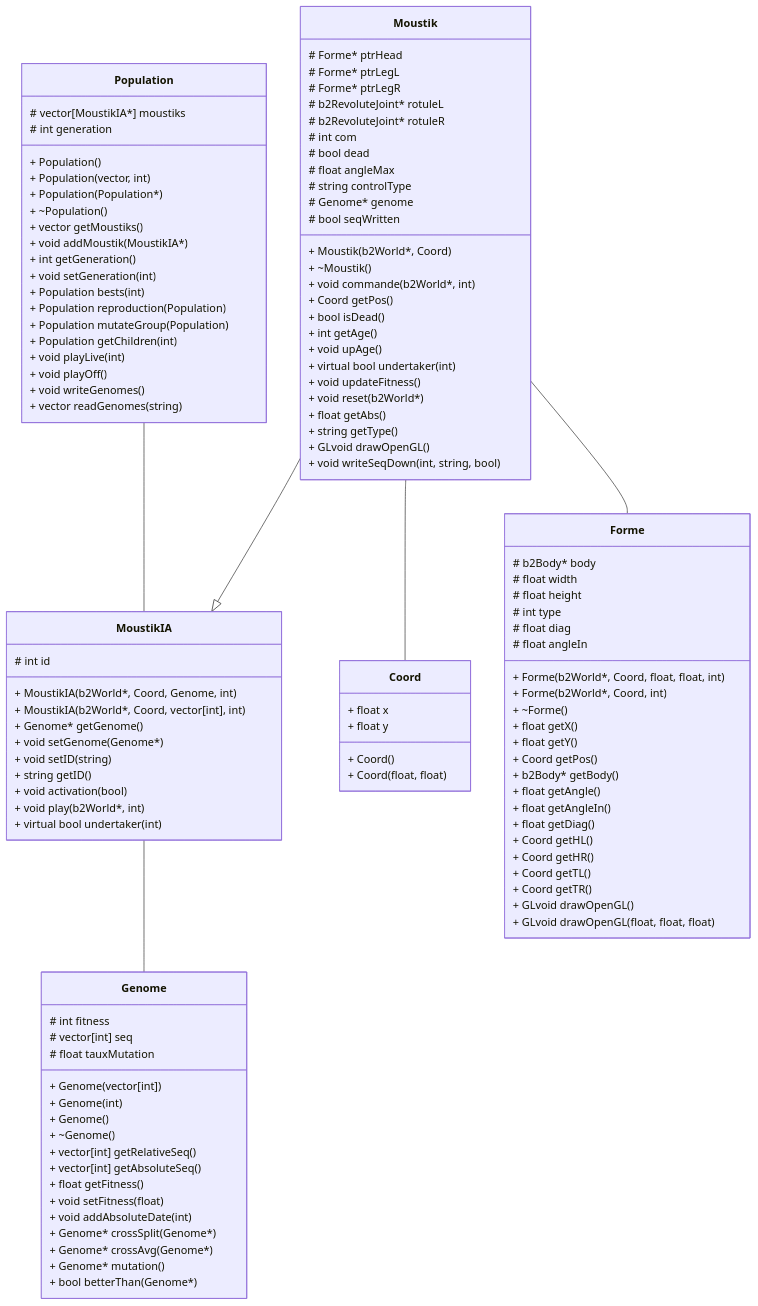
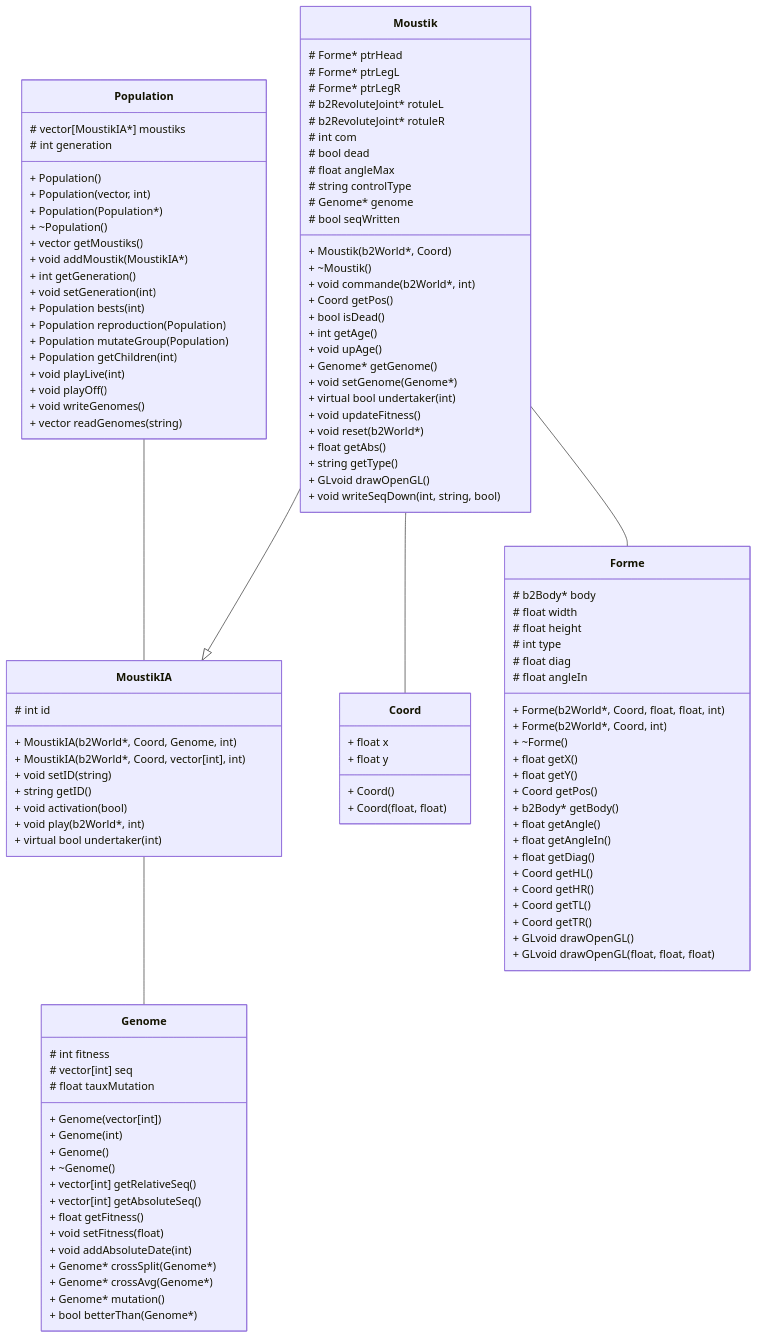
The diagram in compteRendu.md (vicco-rgb/MoustikGenetik), drawn with Mermaid before and after one commit. The commit also changed other lines of this file and 8 other files, not shown here.

```diff
--- a/compteRendu.md
+++ b/compteRendu.md
@@ -129,6 +129,8 @@
   + bool isDead()
   + int getAge()
   + void upAge()
+  + Genome* getGenome()
+  + void setGenome(Genome*)
   + virtual bool undertaker(int)
   + void updateFitness()
   + void reset(b2World*)
@@ -142,8 +144,6 @@
   # int id
   + MoustikIA(b2World*, Coord, Genome, int)
   + MoustikIA(b2World*, Coord, vector[int], int)
-  + Genome* getGenome()
-  + void setGenome(Genome*)
   + void setID(string)
   + string getID()
   + void activation(bool)
```
